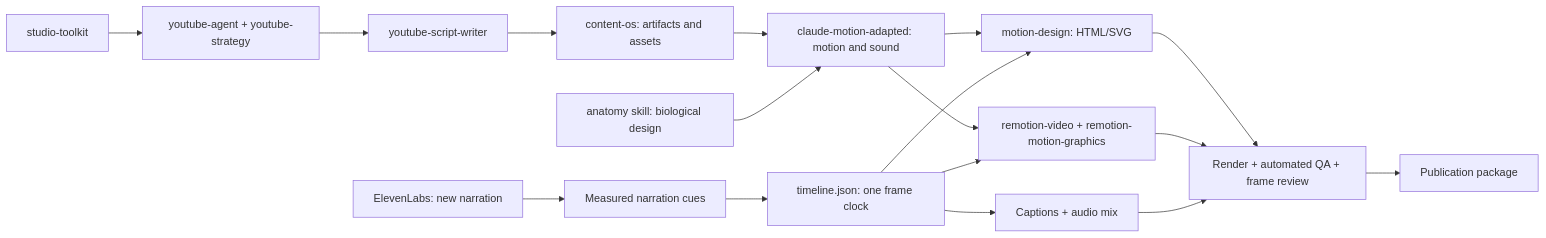
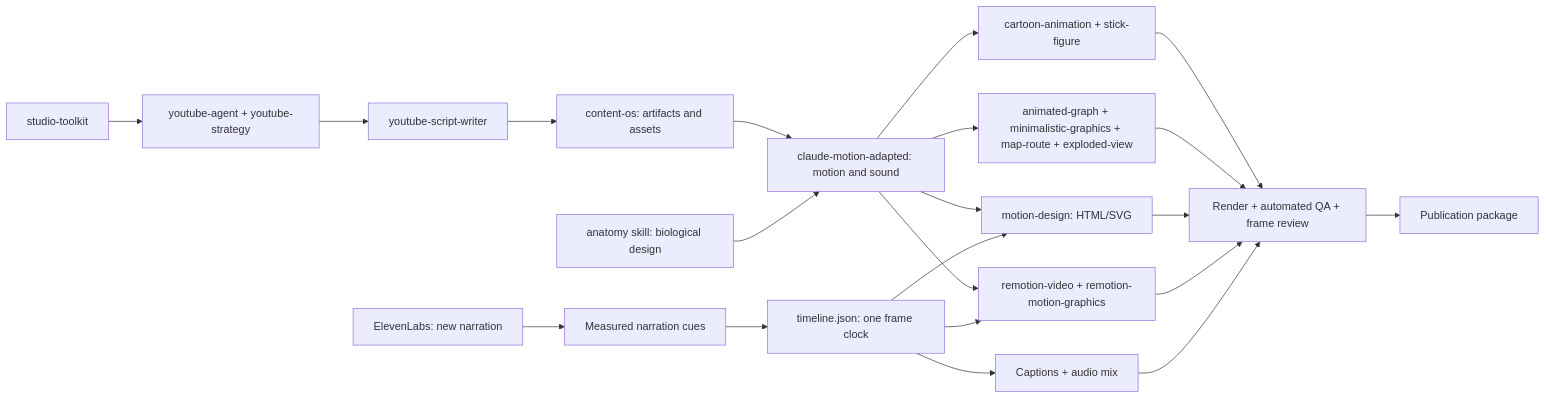
Before and after one commit to TahaGabroun/studio-toolkit: the diagram in README.md, drawn with Mermaid. The commit also changed other lines of this file and 114 other files, not shown here.

Commit message:
Add six native cartoon and template animation workflows

````diff
--- a/README.md
+++ b/README.md
@@ -16,19 +17,23 @@
 ```mermaid
 flowchart LR
   O[studio-toolkit] --> Y[youtube-agent + youtube-strategy]
   Y --> S[youtube-script-writer]
   S --> C[content-os: artifacts and assets]
   C --> M[claude-motion-adapted: motion and sound]
+  M --> CA[cartoon-animation + stick-figure]
+  M --> IN[animated-graph + minimalistic-graphics + map-route + exploded-view]
   M --> H[motion-design: HTML/SVG]
   M --> R[remotion-video + remotion-motion-graphics]
   AN[anatomy skill: biological design] --> M
   EL[ElevenLabs: new narration] --> N[Measured narration cues]
   N --> T[timeline.json: one frame clock]
   T --> H
   T --> R
   T --> A[Captions + audio mix]
-  H --> Q[Render + automated QA + frame review]
+  CA --> Q[Render + automated QA + frame review]
+  IN --> Q
+  H --> Q
   R --> Q
   A --> Q
   Q --> P[Publication package]
 ```
````
